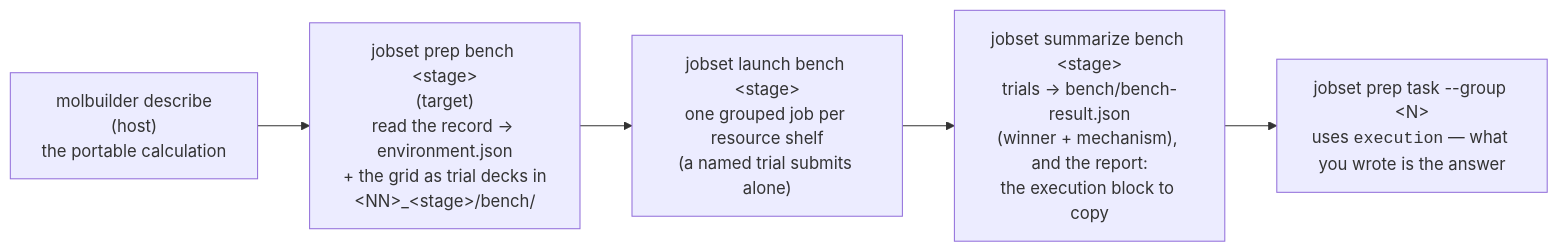
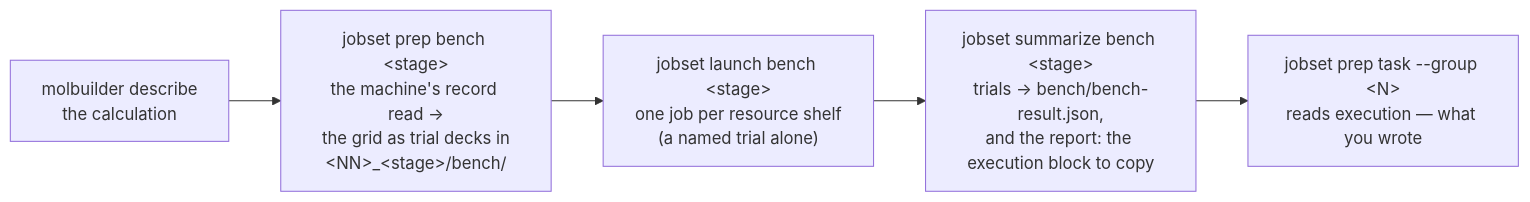
Before and after one commit to Qing-LAB/molbuilder: the ninth of 13 diagrams in docs/execution/job-system.md, drawn with Mermaid. The commit also changed other lines of this file and 30 other files, not shown here.

````diff
--- a/docs/execution/job-system.md
+++ b/docs/execution/job-system.md
@@ -3108,9 +2325,9 @@
 ```mermaid
 flowchart LR
-    D["molbuilder describe<br/>(host)<br/>the portable calculation"]
-    P["jobset prep bench &lt;stage&gt;<br/>(target)<br/>read the record → environment.json<br/>+ the grid as trial decks in<br/>&lt;NN&gt;_&lt;stage&gt;/bench/"]
-    R["jobset launch bench &lt;stage&gt;<br/>one grouped job per resource shelf<br/>(a named trial submits alone)"]
-    S["jobset summarize bench &lt;stage&gt;<br/>trials → bench/bench-result.json<br/>(winner + mechanism), and the report:<br/>the execution block to copy"]
-    PR["jobset prep task --group &lt;N&gt;<br/>uses <code>execution</code> — what you wrote is the answer"]
+    D["molbuilder describe<br/>the calculation"]
+    P["jobset prep bench &lt;stage&gt;<br/>the machine's record read →<br/>the grid as trial decks in<br/>&lt;NN&gt;_&lt;stage&gt;/bench/"]
+    R["jobset launch bench &lt;stage&gt;<br/>one job per resource shelf<br/>(a named trial alone)"]
+    S["jobset summarize bench &lt;stage&gt;<br/>trials → bench/bench-result.json,<br/>and the report: the execution block to copy"]
+    PR["jobset prep task --group &lt;N&gt;<br/>reads execution — what you wrote"]
     D --> P --> R --> S --> PR
 ```
````
